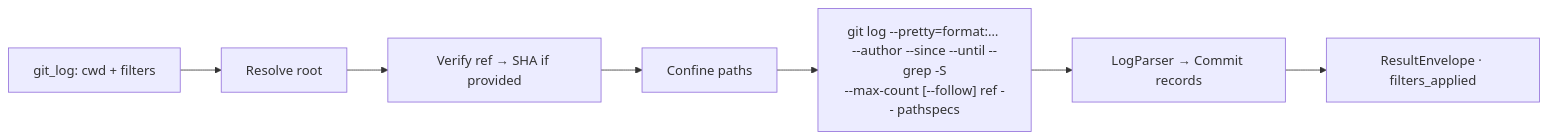
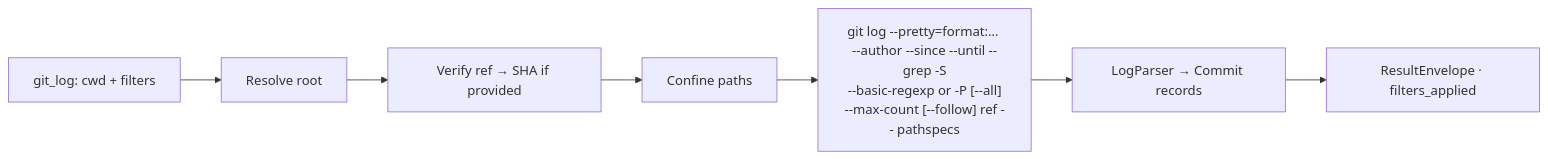
The fourth of 14 diagrams in src/RaccoonNinja.McpToolset.Server.GitOps/README.md (brenordv/mcp-toolset), drawn with Mermaid before and after one commit. The commit also changed other lines of this file and 5 other files, not shown here.

Commit message:
`git-ops` v2.4.0. `git_log` gained `perlRegex`

````diff
--- a/src/RaccoonNinja.McpToolset.Server.GitOps/README.md
+++ b/src/RaccoonNinja.McpToolset.Server.GitOps/README.md
@@ -158,9 +163,9 @@
 ```mermaid
 flowchart LR
     A[git_log: cwd + filters] --> B[Resolve root]
     B --> C[Verify ref → SHA if provided]
     C --> D[Confine paths]
-    D --> E["git log --pretty=format:… <br/>--author --since --until --grep -S<br/>--max-count [--follow] ref -- pathspecs"]
+    D --> E["git log --pretty=format:… <br/>--author --since --until --grep -S<br/>--basic-regexp or -P [--all]<br/>--max-count [--follow] ref -- pathspecs"]
     E --> F[LogParser → Commit records]
     F --> G[ResultEnvelope · filters_applied]
 ```
````
